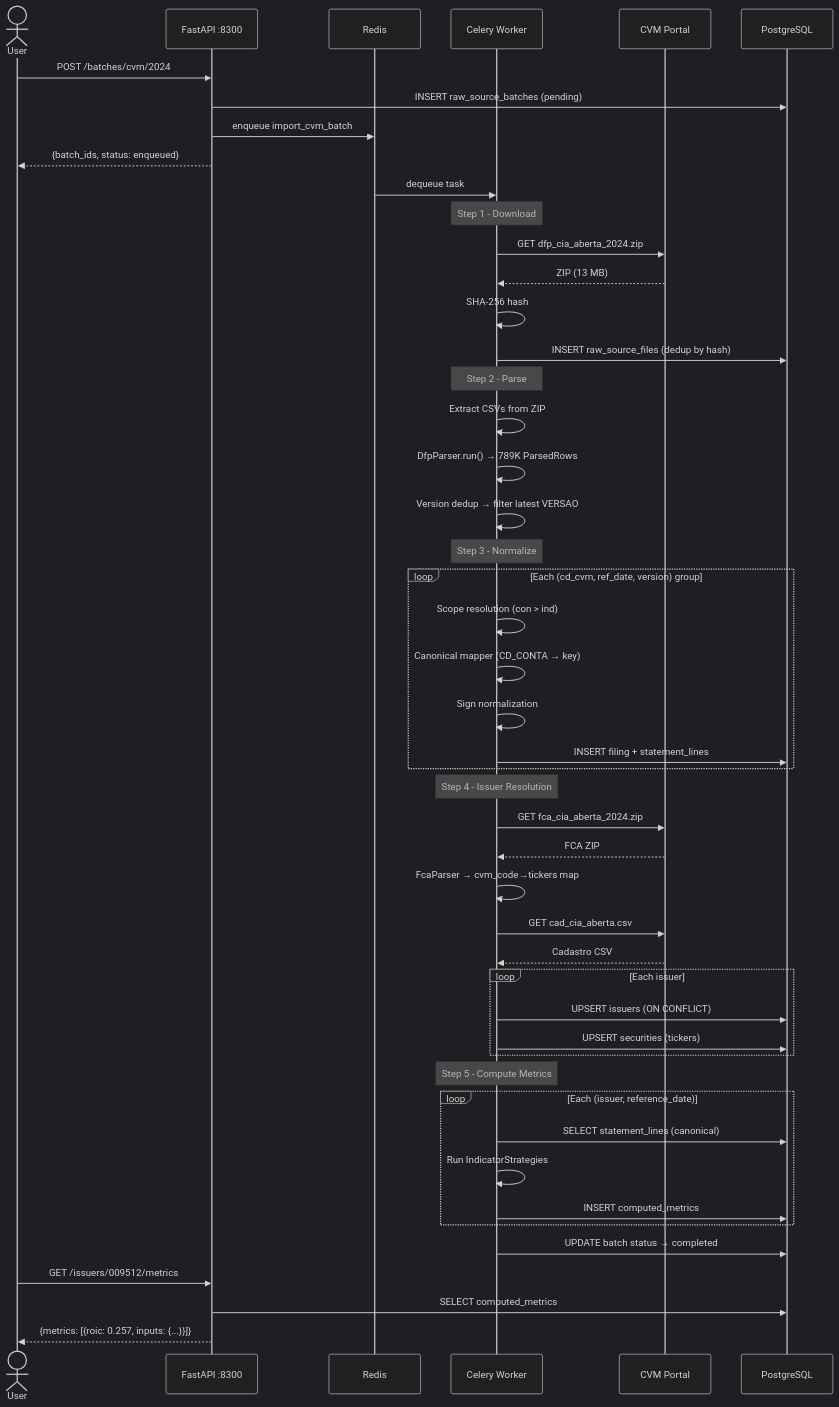
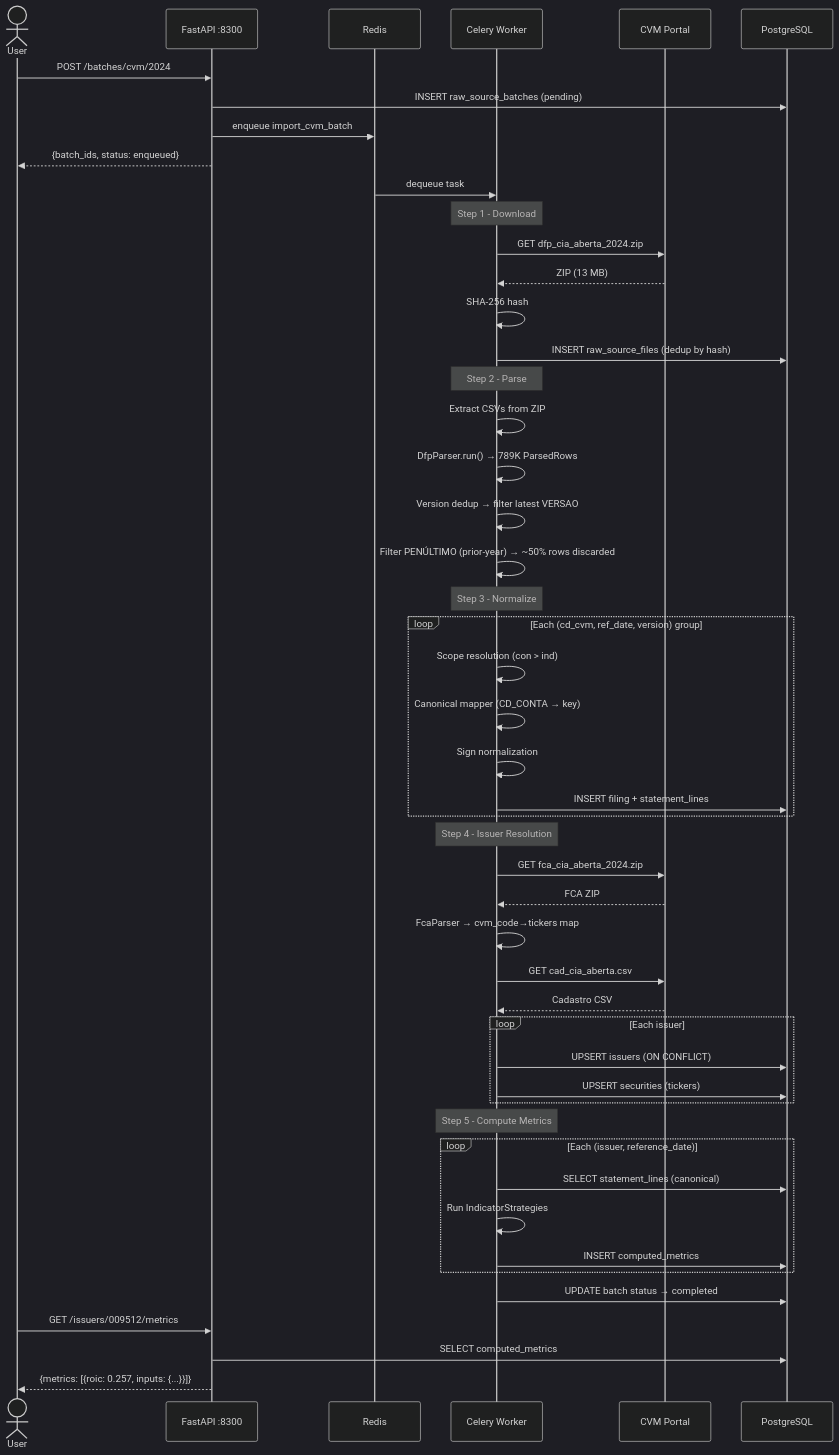
One commit to luoarch/q-cube changed the third of 4 diagrams in docs/fundamentals-engine.md. Above: the diagram before and after it, drawn with Mermaid (dark theme). The commit also changed other lines of this file and 20 other files, not shown here.

````diff
--- a/docs/fundamentals-engine.md
+++ b/docs/fundamentals-engine.md
@@ -213,59 +213,60 @@
 ```mermaid
 sequenceDiagram
     actor User
     participant API as FastAPI :8300
     participant Redis
     participant Worker as Celery Worker
     participant CVM as CVM Portal
     participant DB as PostgreSQL
 
     User->>API: POST /batches/cvm/2024
     API->>DB: INSERT raw_source_batches (pending)
     API->>Redis: enqueue import_cvm_batch
     API-->>User: {batch_ids, status: enqueued}
 
     Redis->>Worker: dequeue task
 
     Note over Worker: Step 1 - Download
     Worker->>CVM: GET dfp_cia_aberta_2024.zip
     CVM-->>Worker: ZIP (13 MB)
     Worker->>Worker: SHA-256 hash
     Worker->>DB: INSERT raw_source_files (dedup by hash)
 
     Note over Worker: Step 2 - Parse
     Worker->>Worker: Extract CSVs from ZIP
     Worker->>Worker: DfpParser.run() → 789K ParsedRows
     Worker->>Worker: Version dedup → filter latest VERSAO
+    Worker->>Worker: Filter PENÚLTIMO (prior-year) → ~50% rows discarded
 
     Note over Worker: Step 3 - Normalize
     loop Each (cd_cvm, ref_date, version) group
         Worker->>Worker: Scope resolution (con > ind)
         Worker->>Worker: Canonical mapper (CD_CONTA → key)
         Worker->>Worker: Sign normalization
         Worker->>DB: INSERT filing + statement_lines
     end
 
     Note over Worker: Step 4 - Issuer Resolution
     Worker->>CVM: GET fca_cia_aberta_2024.zip
     CVM-->>Worker: FCA ZIP
     Worker->>Worker: FcaParser → cvm_code→tickers map
     Worker->>CVM: GET cad_cia_aberta.csv
     CVM-->>Worker: Cadastro CSV
     loop Each issuer
         Worker->>DB: UPSERT issuers (ON CONFLICT)
         Worker->>DB: UPSERT securities (tickers)
     end
 
     Note over Worker: Step 5 - Compute Metrics
     loop Each (issuer, reference_date)
         Worker->>DB: SELECT statement_lines (canonical)
         Worker->>Worker: Run IndicatorStrategies
         Worker->>DB: INSERT computed_metrics
     end
 
     Worker->>DB: UPDATE batch status → completed
 
     User->>API: GET /issuers/009512/metrics
     API->>DB: SELECT computed_metrics
     API-->>User: {metrics: [{roic: 0.257, inputs: {...}}]}
 ```
````
